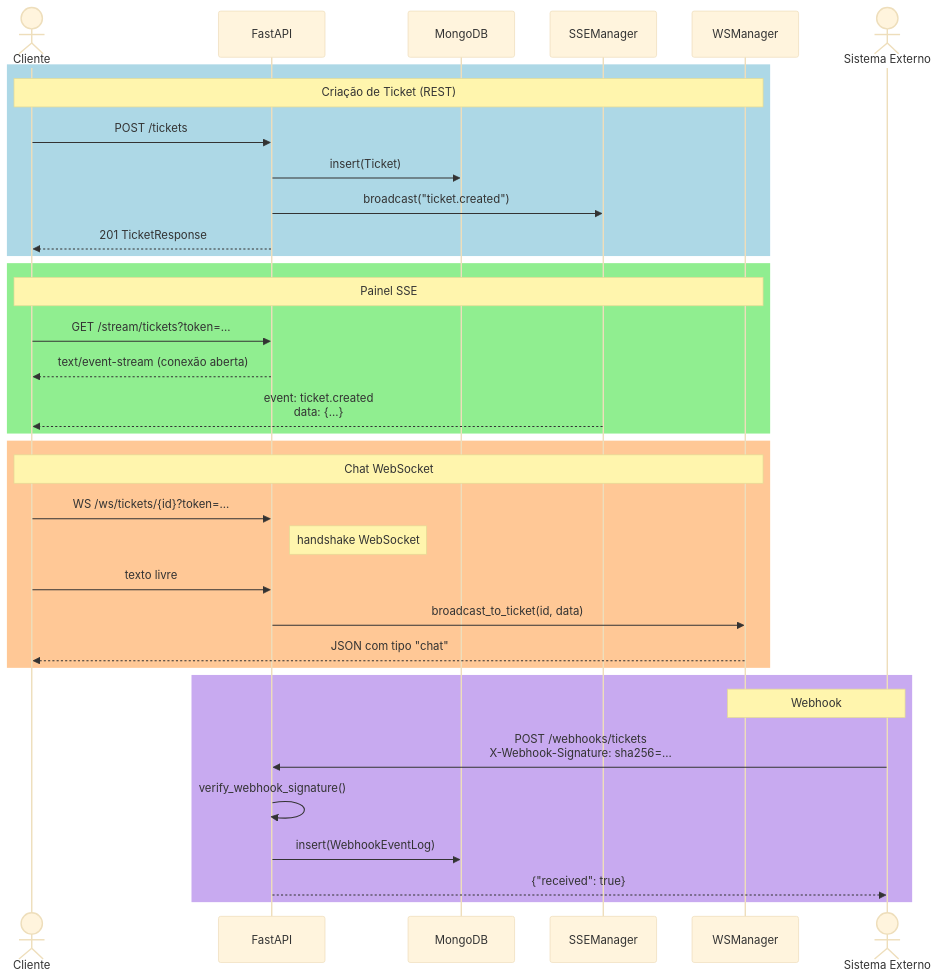
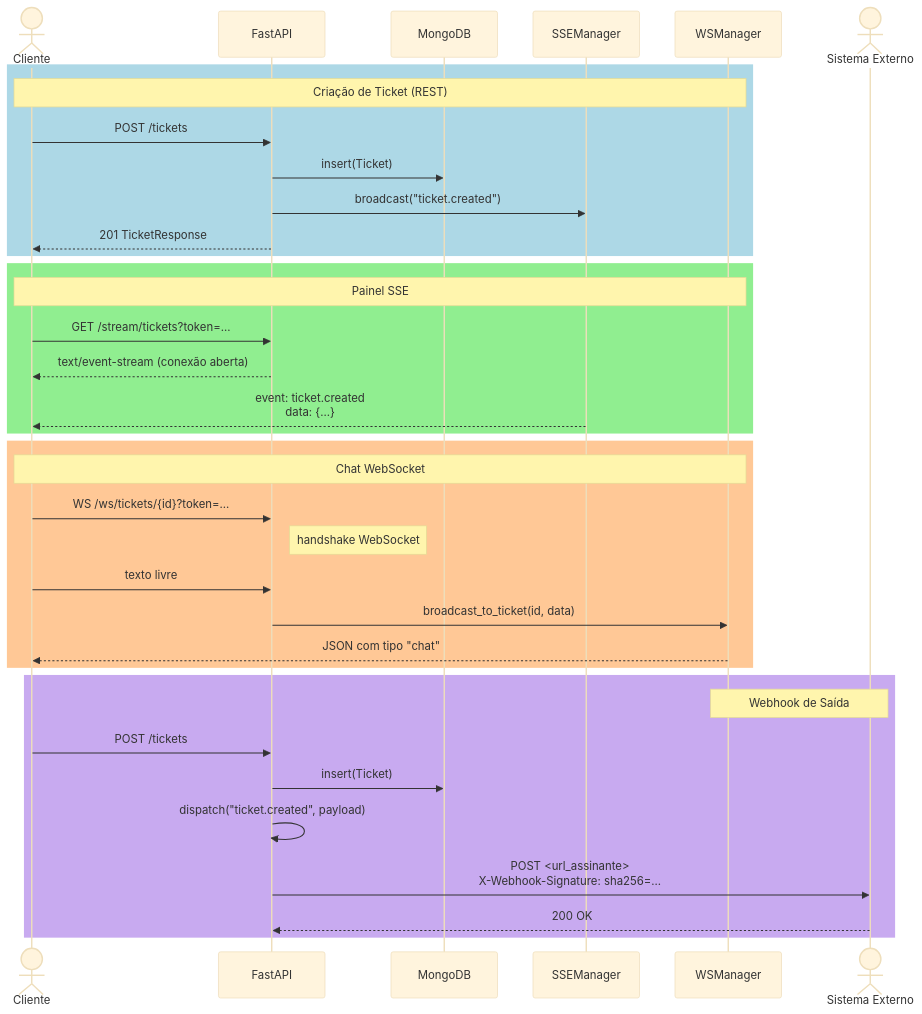
Before and after one commit to Romario17/api-tutorial: the second of 6 diagrams in README.md, drawn with Mermaid. The commit also changed other lines of this file, not shown here.

````diff
--- a/README.md
+++ b/README.md
@@ -221,42 +248,43 @@
 ```mermaid
 %%{init: {'theme': 'base', 'themeVariables': {'fontSize': '16px', 'fontFamily': 'arial'}}}%%
 sequenceDiagram
     actor Cliente
     participant API as FastAPI
     participant DB as MongoDB
     participant SSE as SSEManager
     participant WS as WSManager
     actor Externo as Sistema Externo
 
     rect rgb(173, 216, 230)
         note over Cliente,WS: Criação de Ticket (REST)
         Cliente->>API: POST /tickets
         API->>DB: insert(Ticket)
         API->>SSE: broadcast("ticket.created")
         API-->>Cliente: 201 TicketResponse
     end
 
     rect rgb(144, 238, 144)
         note over Cliente,WS: Painel SSE
         Cliente->>API: GET /stream/tickets?token=...
         API-->>Cliente: text/event-stream (conexão aberta)
         SSE-->>Cliente: event: ticket.created<br/>data: {...}
     end
 
     rect rgb(255, 200, 150)
         note over Cliente,WS: Chat WebSocket
         Cliente->>API: WS /ws/tickets/{id}?token=...
         note right of API: handshake WebSocket
         Cliente->>API: texto livre
         API->>WS: broadcast_to_ticket(id, data)
         WS-->>Cliente: JSON com tipo "chat"
     end
 
     rect rgb(200, 170, 240)
-        note over Externo,WS: Webhook
-        Externo->>API: POST /webhooks/tickets<br/>X-Webhook-Signature: sha256=...
-        API->>API: verify_webhook_signature()
-        API->>DB: insert(WebhookEventLog)
-        API-->>Externo: {"received": true}
+        note over Externo,WS: Webhook de Saída
+        Cliente->>API: POST /tickets
+        API->>DB: insert(Ticket)
+        API->>API: dispatch("ticket.created", payload)
+        API->>Externo: POST <url_assinante><br/>X-Webhook-Signature: sha256=...
+        Externo-->>API: 200 OK
     end
 ```
````
